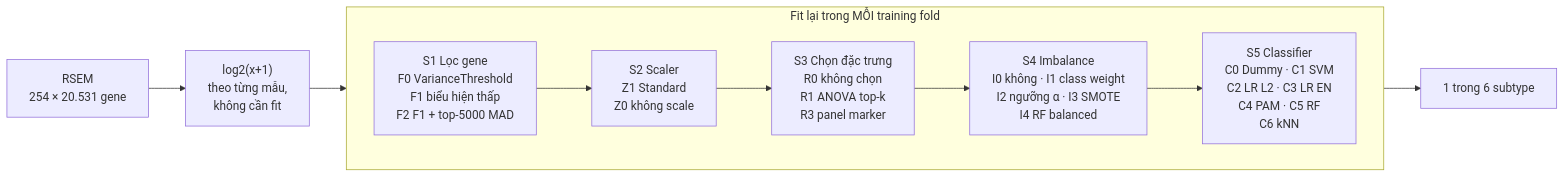
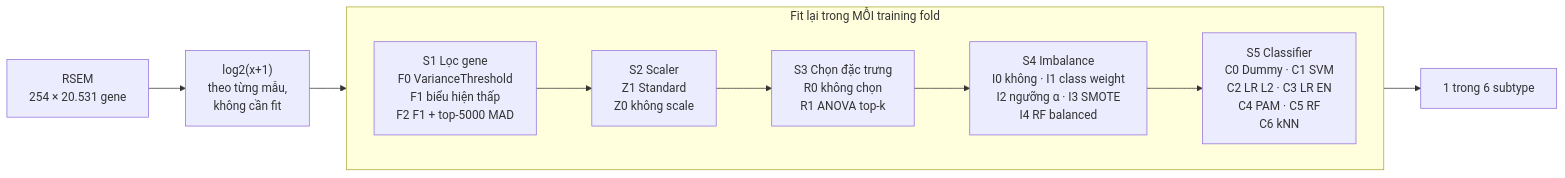
Before and after one commit to nhdung98/ProjectA: the fourth of 12 diagrams in docs/protocol_3.0_proposal.md, drawn with Mermaid. The commit also changed other lines of this file and 2 other files, not shown here.

First line of the commit message:
docs: drop P15 marker pipeline and fix cross-doc inconsistencies in protocol 3.0 docs

````diff
--- a/docs/protocol_3.0_proposal.md
+++ b/docs/protocol_3.0_proposal.md
@@ -78,15 +78,15 @@
 ```mermaid
 flowchart LR
   X["RSEM<br/>254 × 20.531 gene"] --> L["log2(x+1)<br/>theo từng mẫu,<br/>không cần fit"]
   subgraph FIT["Fit lại trong MỖI training fold"]
     direction LR
     S1["S1 Lọc gene<br/>F0 VarianceThreshold<br/>F1 biểu hiện thấp<br/>F2 F1 + top-5000 MAD"]
     S2["S2 Scaler<br/>Z1 Standard<br/>Z0 không scale"]
-    S3["S3 Chọn đặc trưng<br/>R0 không chọn<br/>R1 ANOVA top-k<br/>R3 panel marker"]
+    S3["S3 Chọn đặc trưng<br/>R0 không chọn<br/>R1 ANOVA top-k"]
     S4["S4 Imbalance<br/>I0 không · I1 class weight<br/>I2 ngưỡng α · I3 SMOTE<br/>I4 RF balanced"]
     S5["S5 Classifier<br/>C0 Dummy · C1 SVM<br/>C2 LR L2 · C3 LR EN<br/>C4 PAM · C5 RF<br/>C6 kNN"]
     S1 --> S2 --> S3 --> S4 --> S5
   end
   L --> S1
   S5 --> Y["1 trong 6 subtype"]
 ```
````
